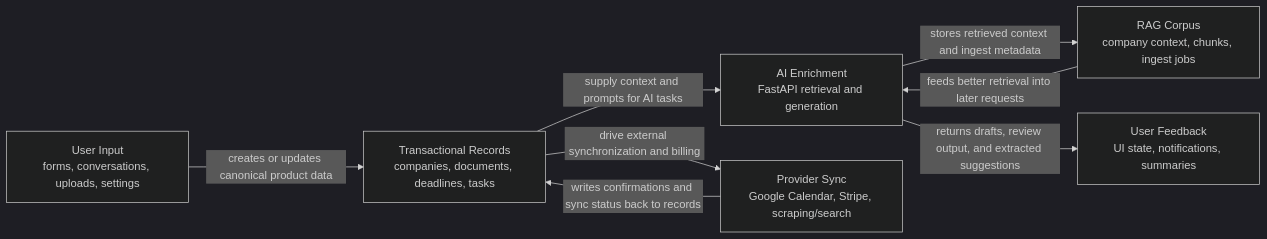
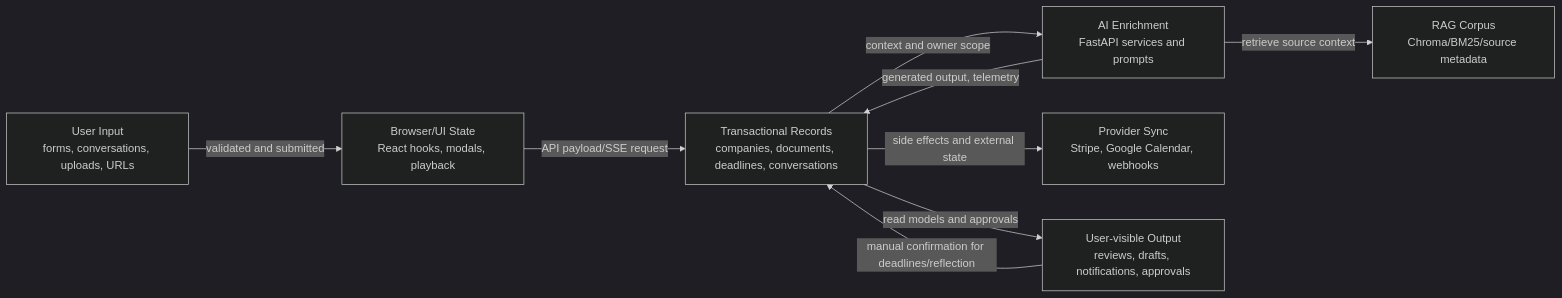
Before and after one commit to saoki0913/career_compass: the diagram in .omm/data-flow/diagram.mmd, drawn with Mermaid (dark theme). The commit also changed 466 other files, not shown here.

```diff
--- a/.omm/data-flow/diagram.mmd
+++ b/.omm/data-flow/diagram.mmd
@@ -1,15 +1,17 @@
 graph LR
-    user-input["User Input\nforms, conversations, uploads, settings"]
-    transactional-records["Transactional Records\ncompanies, documents, deadlines, tasks"]
-    ai-enrichment["AI Enrichment\nFastAPI retrieval and generation"]
-    rag-corpus["RAG Corpus\ncompany context, chunks, ingest jobs"]
-    provider-sync["Provider Sync\nGoogle Calendar, Stripe, scraping/search"]
-    user-feedback["User Feedback\nUI state, notifications, summaries"]
+    user-input["User Input\nforms, conversations, uploads, URLs"]
+    browser-state["Browser/UI State\nReact hooks, modals, playback"]
+    transactional-records["Transactional Records\ncompanies, documents, deadlines, conversations"]
+    ai-enrichment["AI Enrichment\nFastAPI services and prompts"]
+    rag-corpus["RAG Corpus\nChroma/BM25/source metadata"]
+    provider-sync["Provider Sync\nStripe, Google Calendar, webhooks"]
+    user-feedback["User-visible Output\nreviews, drafts, notifications, approvals"]
 
-    user-input -->|"creates or updates canonical product data"| transactional-records
-    transactional-records -->|"supply context and prompts for AI tasks"| ai-enrichment
-    ai-enrichment -->|"stores retrieved context and ingest metadata"| rag-corpus
-    rag-corpus -->|"feeds better retrieval into later requests"| ai-enrichment
-    transactional-records -->|"drive external synchronization and billing"| provider-sync
-    ai-enrichment -->|"returns drafts, review output, and extracted suggestions"| user-feedback
-    provider-sync -->|"writes confirmations and sync status back to records"| transactional-records
+    user-input -->|validated and submitted| browser-state
+    browser-state -->|API payload/SSE request| transactional-records
+    transactional-records -->|context and owner scope| ai-enrichment
+    ai-enrichment -->|retrieve source context| rag-corpus
+    ai-enrichment -->|generated output, telemetry| transactional-records
+    transactional-records -->|side effects and external state| provider-sync
+    transactional-records -->|read models and approvals| user-feedback
+    user-feedback -->|manual confirmation for deadlines/reflection| transactional-records
```
